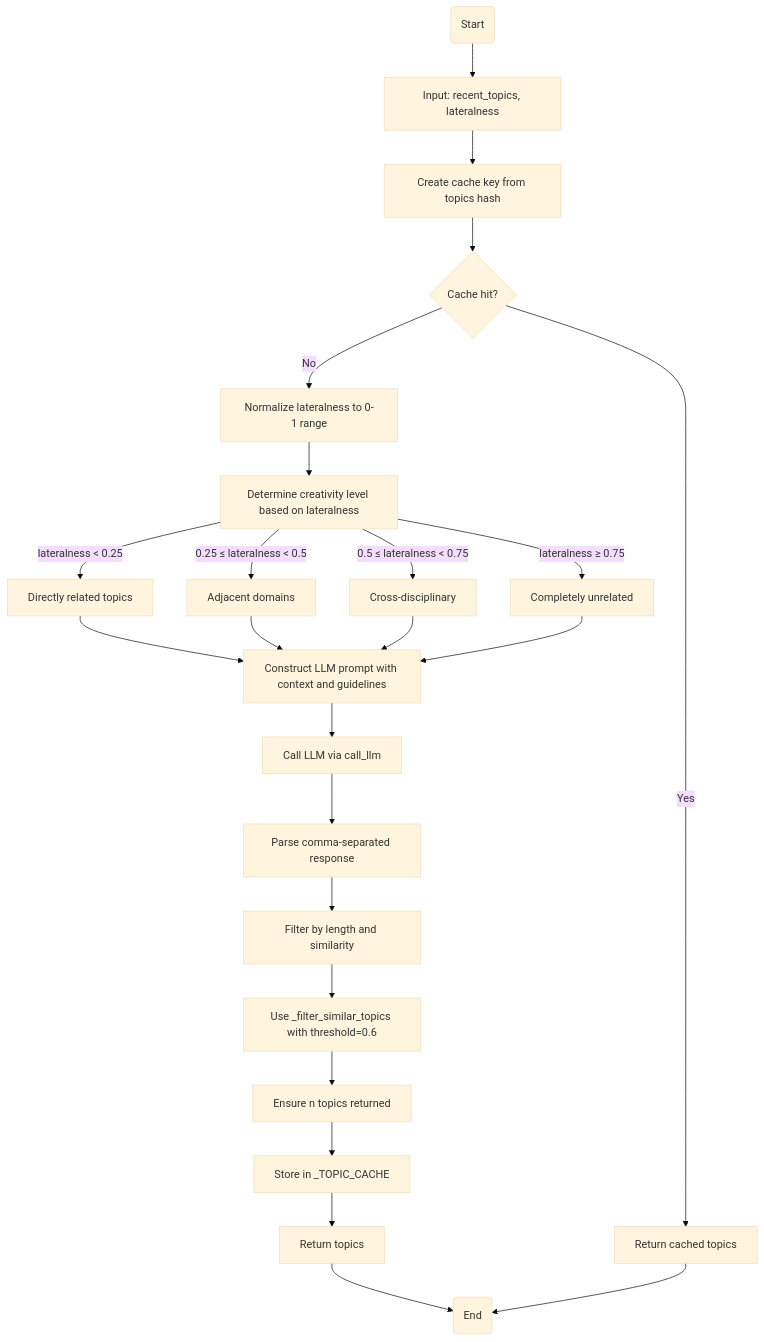
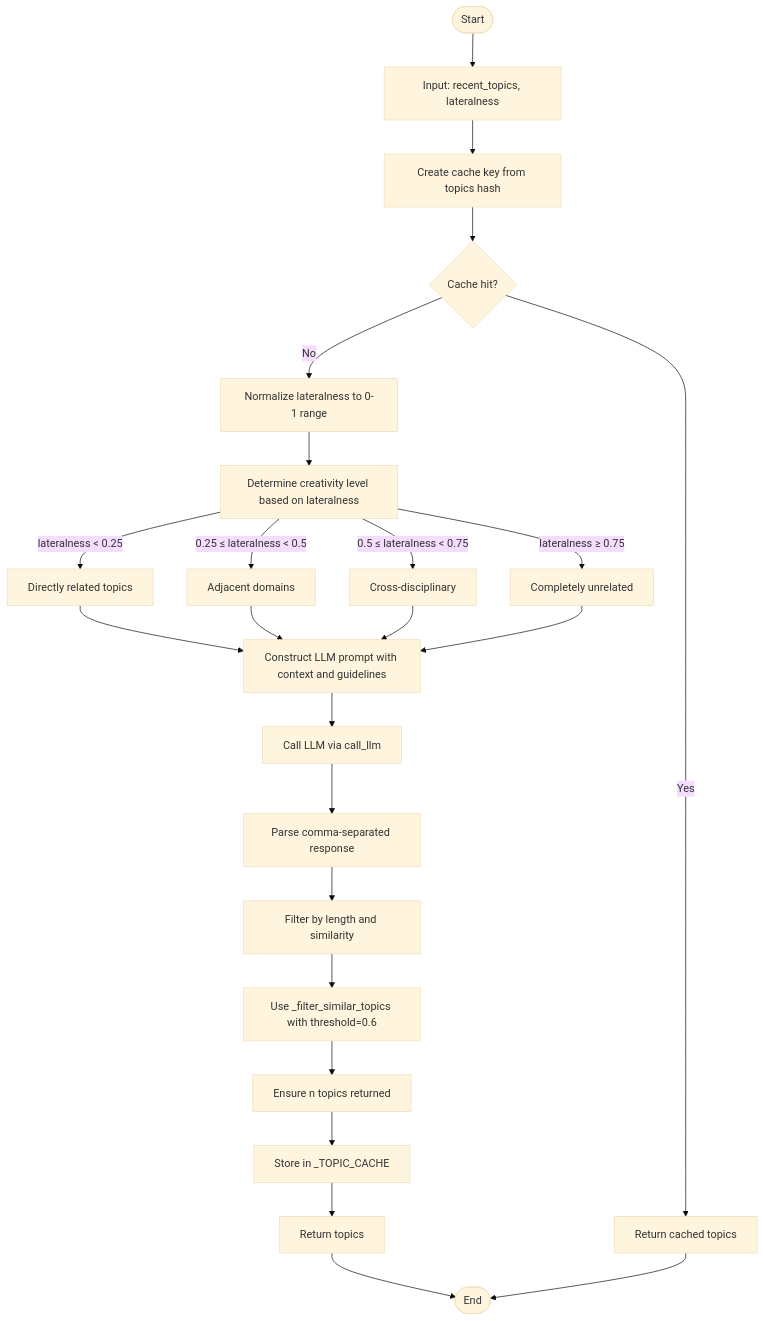
One commit to Likhithsai2580/RAVANA-WIKI changed the third of 6 diagrams in docs/Specialized Modules/Curiosity Trigger.md. Above: the diagram before and after it, drawn with Mermaid (base theme). The commit also changed other lines of this file and 78 other files, not shown here.

````diff
--- a/docs/Specialized Modules/Curiosity Trigger.md
+++ b/docs/Specialized Modules/Curiosity Trigger.md
@@ -89,27 +87,26 @@
 ```mermaid
 flowchart TD
-Start("Start") --> Input["Input: recent_topics, lateralness"]
+Start([Start]) --> Input["Input: recent_topics, lateralness"]
 Input --> Hash["Create cache key from topics hash"]
 Hash --> CacheCheck{"Cache hit?"}
 CacheCheck --> |Yes| ReturnCached["Return cached topics"]
 CacheCheck --> |No| Normalize["Normalize lateralness to 0-1 range"]
 Normalize --> LevelCheck["Determine creativity level based on lateralness"]
 LevelCheck --> |lateralness < 0.25| Direct["Directly related topics"]
 LevelCheck --> |0.25 ≤ lateralness < 0.5| Adjacent["Adjacent domains"]
 LevelCheck --> |0.5 ≤ lateralness < 0.75| CrossDisciplinary["Cross-disciplinary"]
 LevelCheck --> |lateralness ≥ 0.75| Unrelated["Completely unrelated"]
 Direct --> Prompt
 Adjacent --> Prompt
 CrossDisciplinary --> Prompt
 Unrelated --> Prompt
 Prompt["Construct LLM prompt with context and guidelines"] --> LLMCall["Call LLM via call_llm"]
 LLMCall --> Parse["Parse comma-separated response"]
 Parse --> Filter["Filter by length and similarity"]
 Filter --> EmbeddingFilter["Use _filter_similar_topics with threshold=0.6"]
 EmbeddingFilter --> EnsureN["Ensure n topics returned"]
 EnsureN --> CacheStore["Store in _TOPIC_CACHE"]
 CacheStore --> Return["Return topics"]
-Return --> End("End")
+Return --> End([End])
 ReturnCached --> End
-
 ```
````
